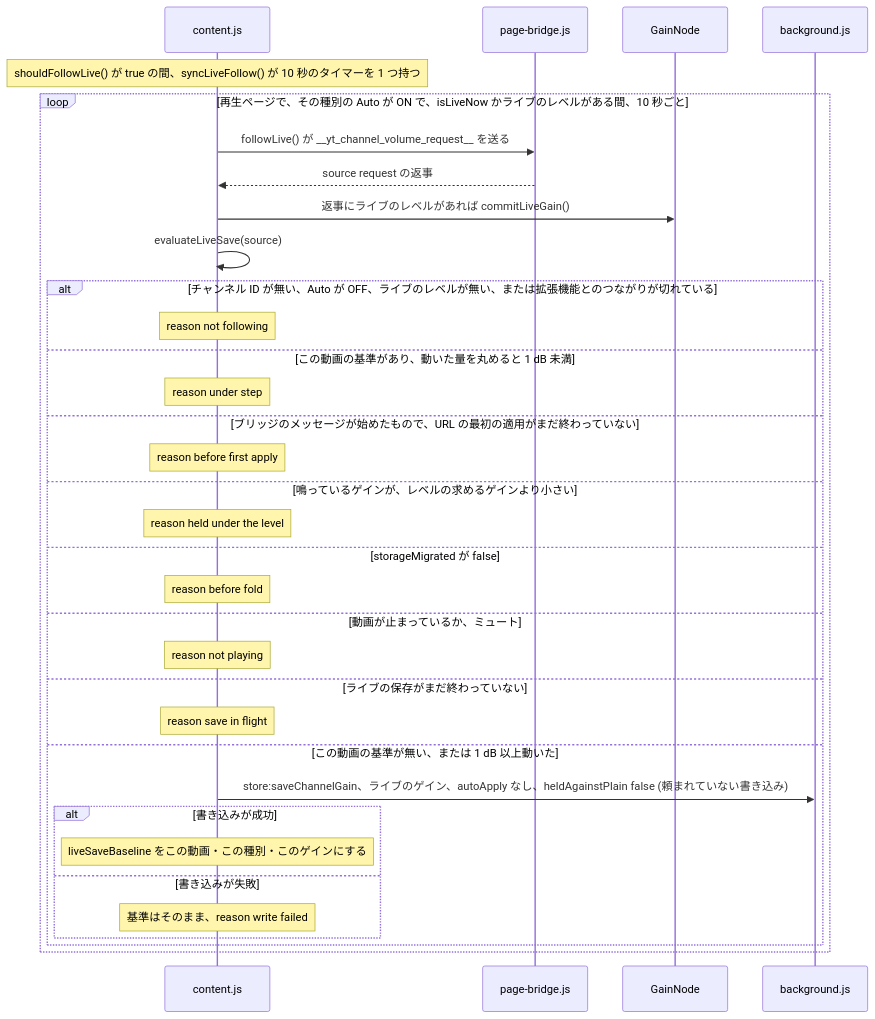
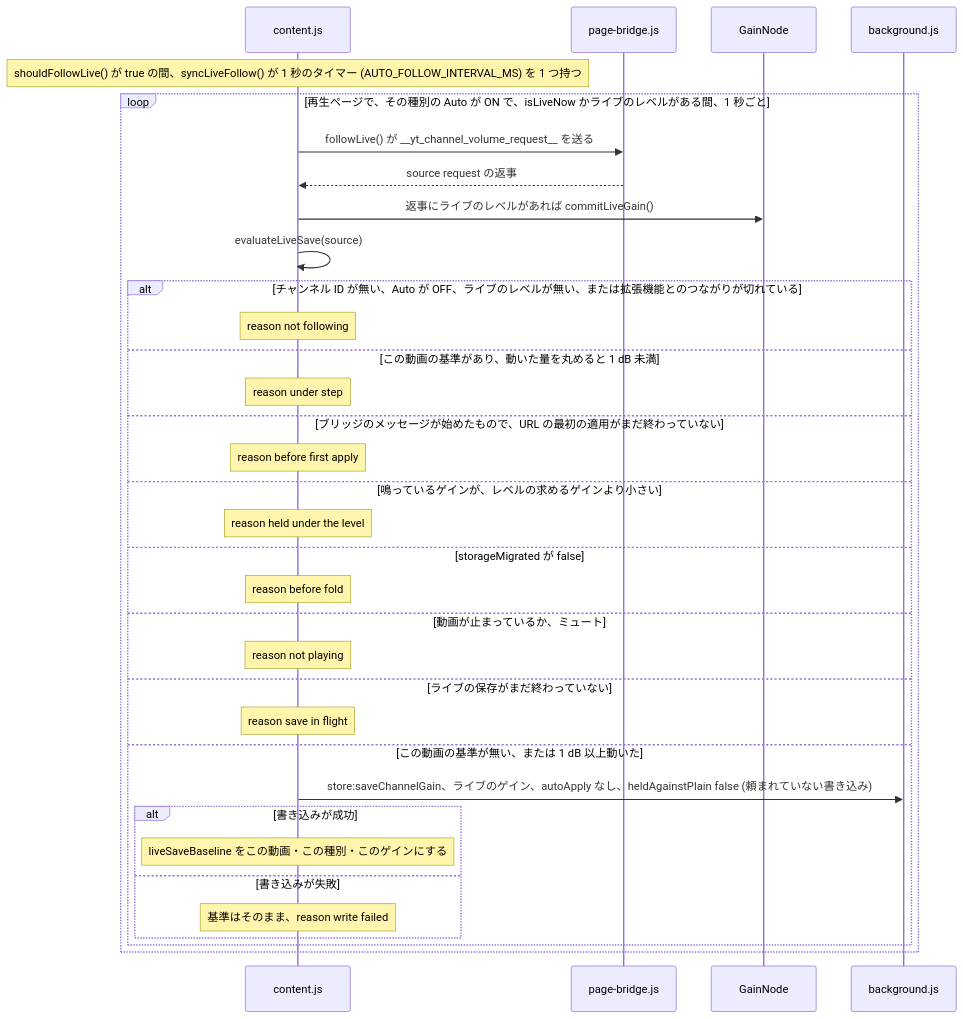
The ninth of 14 diagrams in docs/gain-change-and-save.ja.md (semnil/yt-channel-volume), drawn with Mermaid before and after one commit. The commit also changed other lines of this file and 4 other files, not shown here.

Commit message:
docs: describe the live follow as playing the gain the level asks for every second

````diff
--- a/docs/gain-change-and-save.ja.md
+++ b/docs/gain-change-and-save.ja.md
@@ -475,36 +474,36 @@
 ```mermaid
 sequenceDiagram
   participant C as content.js
   participant B as page-bridge.js
   participant G as GainNode
   participant W as background.js
-  Note over C: shouldFollowLive() が true の間、syncLiveFollow() が 10 秒のタイマーを 1 つ持つ
-  loop 再生ページで、その種別の Auto が ON で、isLiveNow かライブのレベルがある間、10 秒ごと
+  Note over C: shouldFollowLive() が true の間、syncLiveFollow() が 1 秒のタイマー (AUTO_FOLLOW_INTERVAL_MS) を 1 つ持つ
+  loop 再生ページで、その種別の Auto が ON で、isLiveNow かライブのレベルがある間、1 秒ごと
     C->>B: followLive() が __yt_channel_volume_request__ を送る
     B-->>C: source request の返事
     C->>G: 返事にライブのレベルがあれば commitLiveGain()
     C->>C: evaluateLiveSave(source)
     alt チャンネル ID が無い、Auto が OFF、ライブのレベルが無い、または拡張機能とのつながりが切れている
       Note over C: reason not following
     else この動画の基準があり、動いた量を丸めると 1 dB 未満
       Note over C: reason under step
     else ブリッジのメッセージが始めたもので、URL の最初の適用がまだ終わっていない
       Note over C: reason before first apply
     else 鳴っているゲインが、レベルの求めるゲインより小さい
       Note over C: reason held under the level
     else storageMigrated が false
       Note over C: reason before fold
     else 動画が止まっているか、ミュート
       Note over C: reason not playing
     else ライブの保存がまだ終わっていない
       Note over C: reason save in flight
     else この動画の基準が無い、または 1 dB 以上動いた
       C->>W: store:saveChannelGain、ライブのゲイン、autoApply なし、heldAgainstPlain false (頼まれていない書き込み)
       alt 書き込みが成功
         Note over C: liveSaveBaseline をこの動画・この種別・このゲインにする
       else 書き込みが失敗
         Note over C: 基準はそのまま、reason write failed
       end
     end
   end
 ```
````
